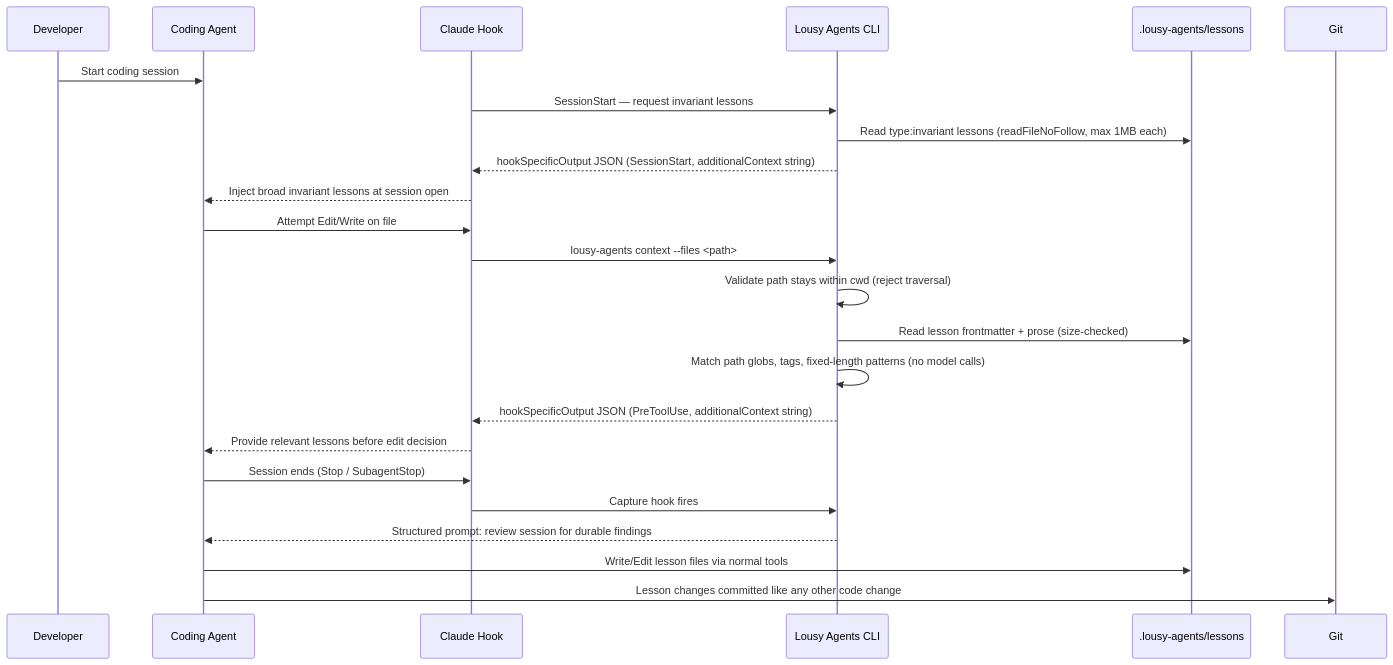
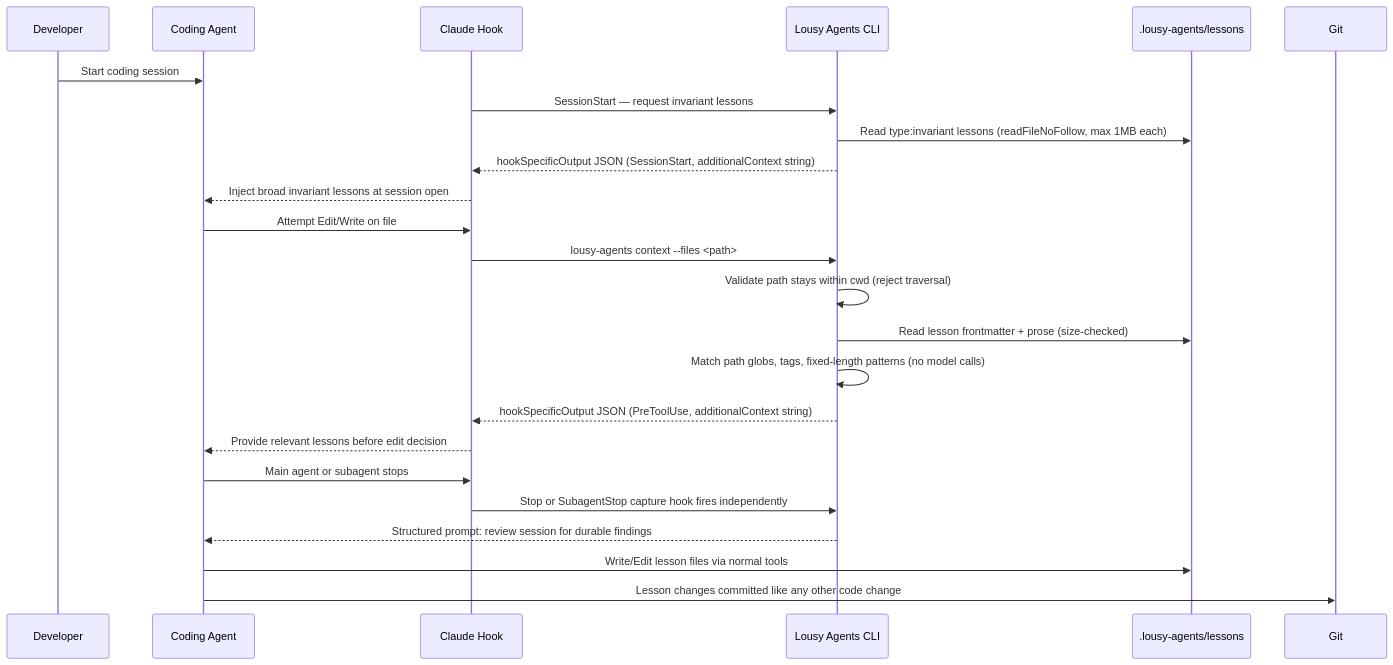
The second of 2 diagrams in .github/specs/lesson-capture-context-injection.spec.md (zpratt/lousy-agents), drawn with Mermaid before and after one commit. The commit also changed other lines of this file, not shown here.

````diff
--- a/.github/specs/lesson-capture-context-injection.spec.md
+++ b/.github/specs/lesson-capture-context-injection.spec.md
@@ -394,29 +394,29 @@
 ```mermaid
 sequenceDiagram
     participant Dev as Developer
     participant Agent as Coding Agent
     participant Hook as Claude Hook
     participant CLI as Lousy Agents CLI
     participant Lessons as .lousy-agents/lessons
     participant Git as Git
 
     Dev->>Agent: Start coding session
     Hook->>CLI: SessionStart — request invariant lessons
     CLI->>Lessons: Read type:invariant lessons (readFileNoFollow, max 1MB each)
     CLI-->>Hook: hookSpecificOutput JSON (SessionStart, additionalContext string)
     Hook-->>Agent: Inject broad invariant lessons at session open
 
     Agent->>Hook: Attempt Edit/Write on file
     Hook->>CLI: lousy-agents context --files <path>
     CLI->>CLI: Validate path stays within cwd (reject traversal)
     CLI->>Lessons: Read lesson frontmatter + prose (size-checked)
     CLI->>CLI: Match path globs, tags, fixed-length patterns (no model calls)
     CLI-->>Hook: hookSpecificOutput JSON (PreToolUse, additionalContext string)
     Hook-->>Agent: Provide relevant lessons before edit decision
 
-    Agent->>Hook: Session ends (Stop / SubagentStop)
-    Hook->>CLI: Capture hook fires
+    Agent->>Hook: Main agent or subagent stops
+    Hook->>CLI: Stop or SubagentStop capture hook fires independently
     CLI-->>Agent: Structured prompt: review session for durable findings
     Agent->>Lessons: Write/Edit lesson files via normal tools
     Agent->>Git: Lesson changes committed like any other code change
 ```
````
